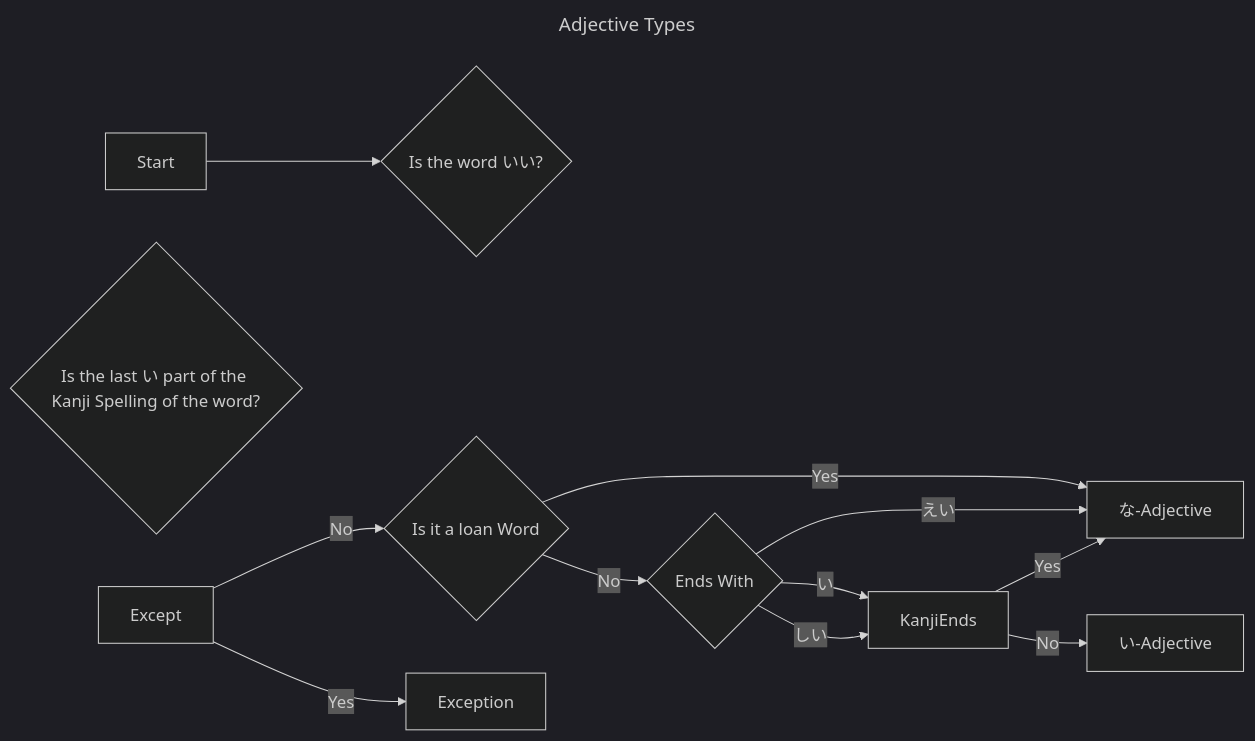
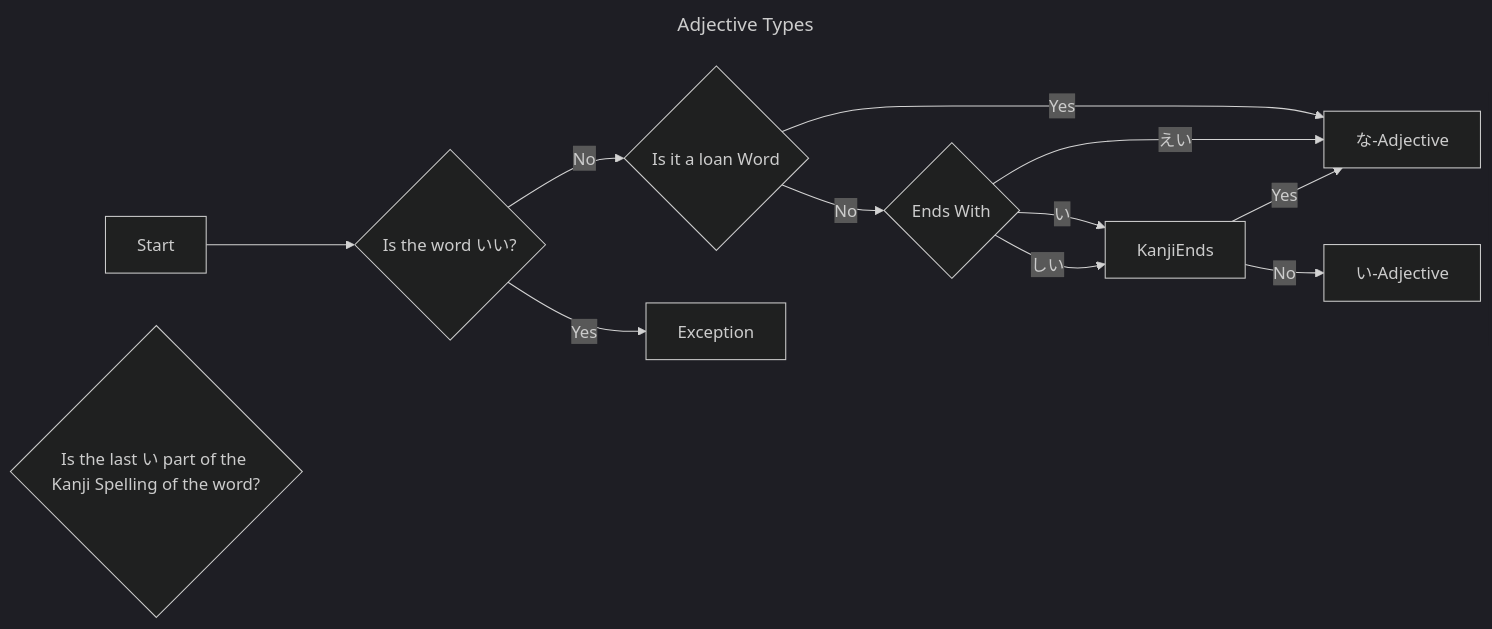
One commit to NathanKewley/Japanese changed the diagram in Grammar/い-Adjectives-And-な-Adjectives.md. Above: the diagram before and after it, drawn with Mermaid (dark theme).

Commit message:
attempt at a diagram

````diff
--- a/Grammar/い-Adjectives-And-な-Adjectives.md
+++ b/Grammar/い-Adjectives-And-な-Adjectives.md
@@ -55,24 +55,24 @@
 ```mermaid
 ---
 title: Adjective Types
 ---
 flowchart LR;
-    Start[Start] --> Excep{Is the word いい?}
+    Start[Start] --> Except{Is the word いい?}
     IsIt{Is it a loan Word}
     NotLoan{Ends With}
     KanjiEnd{Is the last い part of the Kanji Spelling of the word?}
 
     い-Adjective[い-Adjective]
     な-Adjective[な-Adjective]
     Exception[Exception]
 
     Except -->|Yes| Exception
     Except -->|No| IsIt
     IsIt -->|Yes| な-Adjective
     IsIt -->|No| NotLoan
     NotLoan -->|えい| な-Adjective
     NotLoan -->|い| KanjiEnds
     NotLoan -->|しい| KanjiEnds
     KanjiEnds -->|Yes| な-Adjective
     KanjiEnds -->|No| い-Adjective
 ```
````
